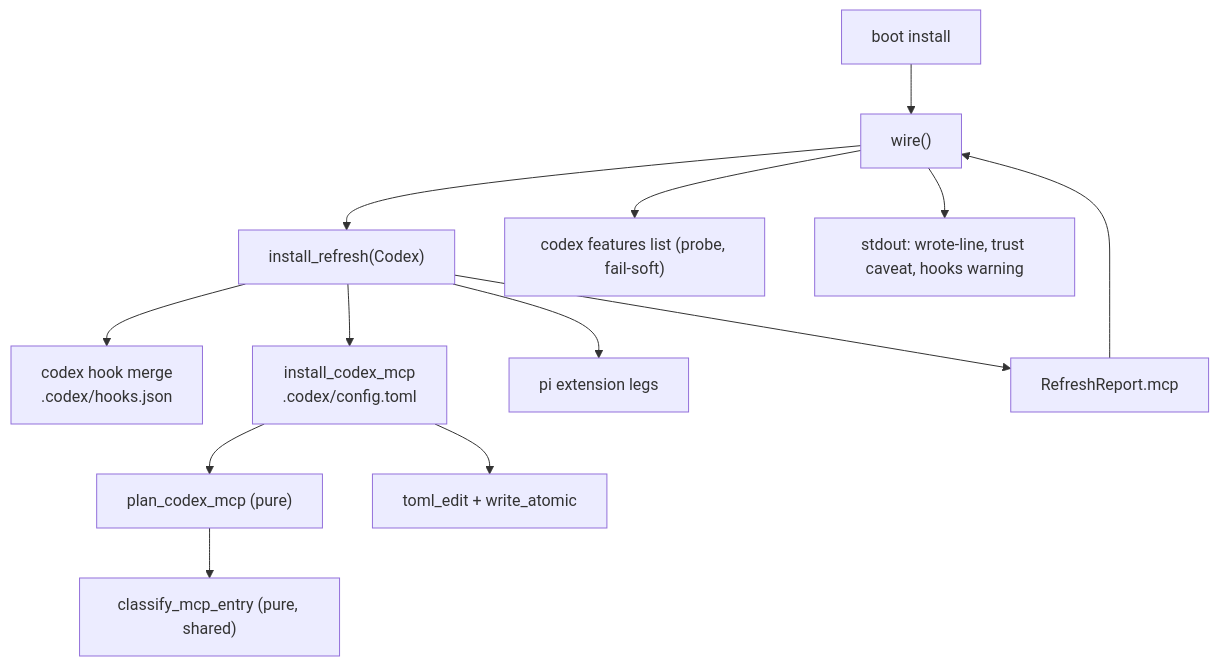
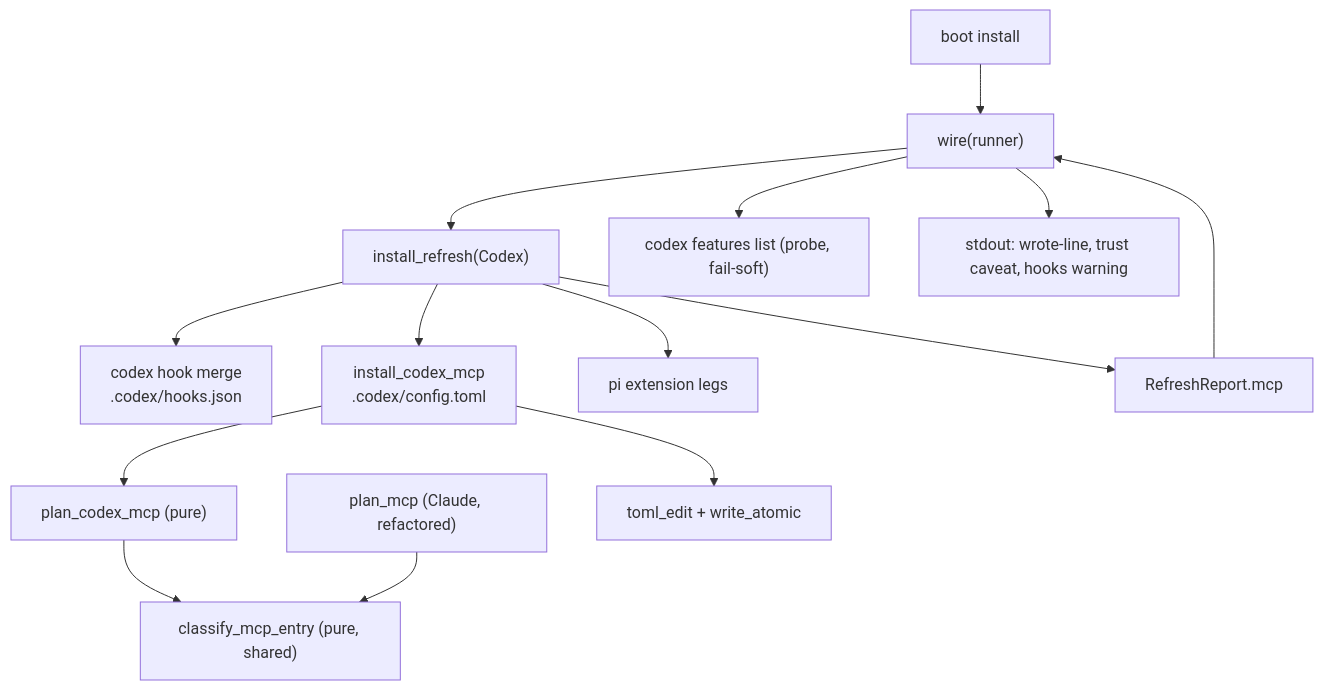
The first of 2 diagrams in .doctrine/slice/271/design.md (davidlee/doctrine), drawn with Mermaid before and after one commit. The commit also changed other lines of this file and 3 other files, not shown here.

````diff
--- a/.doctrine/slice/271/design.md
+++ b/.doctrine/slice/271/design.md
@@ -134,15 +139,16 @@
 ```mermaid
 flowchart TD
-  install["boot install"] --> wire["wire()"]
+  install["boot install"] --> wire["wire(runner)"]
   wire --> refresh["install_refresh(Codex)"]
   refresh --> hooks["codex hook merge<br/>.codex/hooks.json"]
   refresh --> mcp["install_codex_mcp<br/>.codex/config.toml"]
   refresh --> pi["pi extension legs"]
   mcp --> plan["plan_codex_mcp (pure)"]
   plan --> classify["classify_mcp_entry (pure, shared)"]
+  monkey["plan_mcp (Claude, refactored)"] --> classify
   mcp --> write["toml_edit + write_atomic"]
   refresh --> report["RefreshReport.mcp"]
   report --> wire
   wire --> probe["codex features list (probe, fail-soft)"]
   wire --> out["stdout: wrote-line, trust caveat, hooks warning"]
 ```
````
